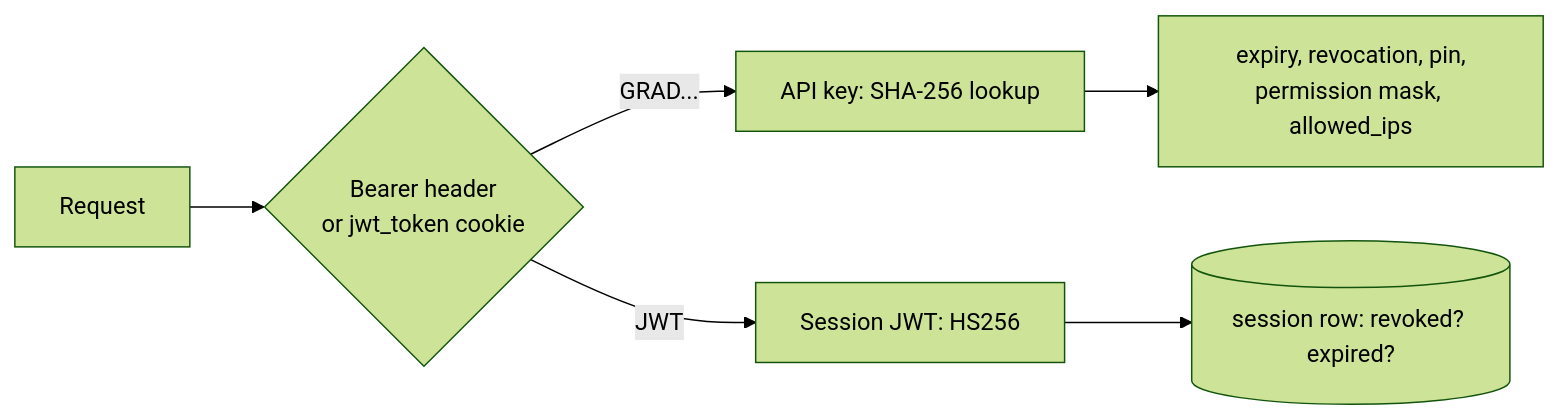
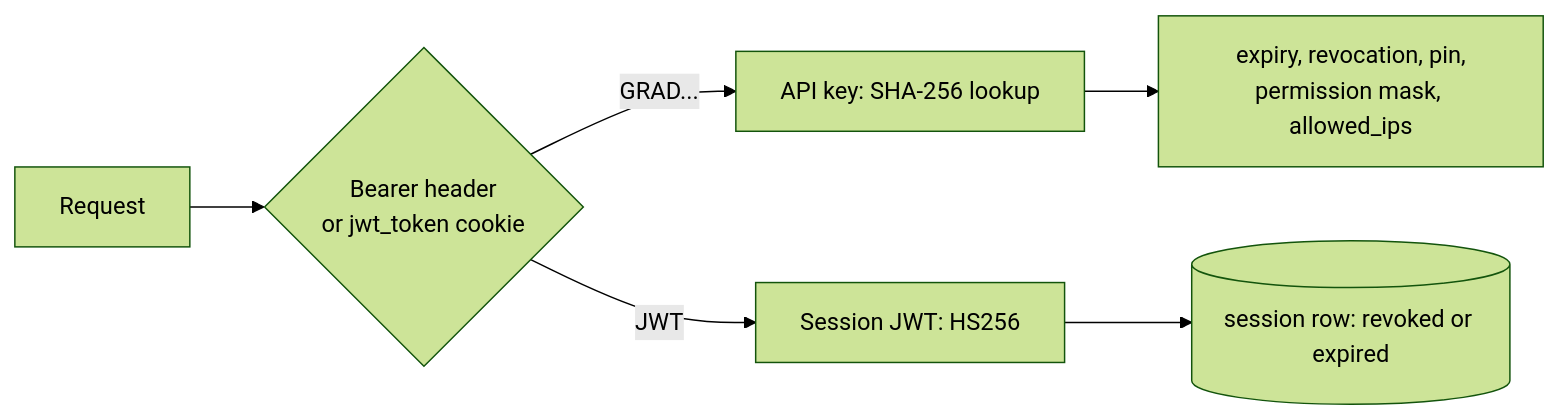
The first of 2 diagrams in docs/src/contributors/internals/authentication.md (wavelens/gradient), drawn with Mermaid (forest theme) before and after one commit. The commit also changed 3 other files, not shown here.

Commit message:
docs: docs: rewrite the frontend style guide and fix diagrams

````diff
--- a/docs/src/contributors/internals/authentication.md
+++ b/docs/src/contributors/internals/authentication.md
@@ -5,8 +5,8 @@
 ```mermaid
 flowchart LR
     req[Request] --> src{"Bearer header<br/>or jwt_token cookie"}
     src -->|"GRAD..."| key[API key: SHA-256 lookup]
     src -->|JWT| jwt[Session JWT: HS256]
-    jwt --> session[(session row: revoked? expired?)]
+    jwt --> session[("session row: revoked or expired")]
     key --> checks["expiry, revocation, pin,<br/>permission mask, allowed_ips"]
 ```
````
